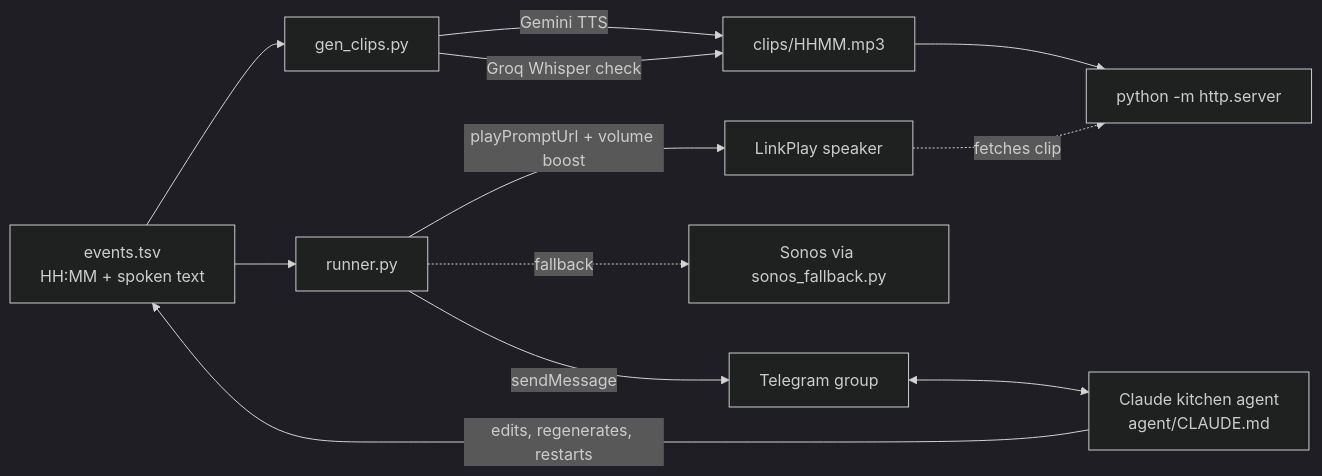
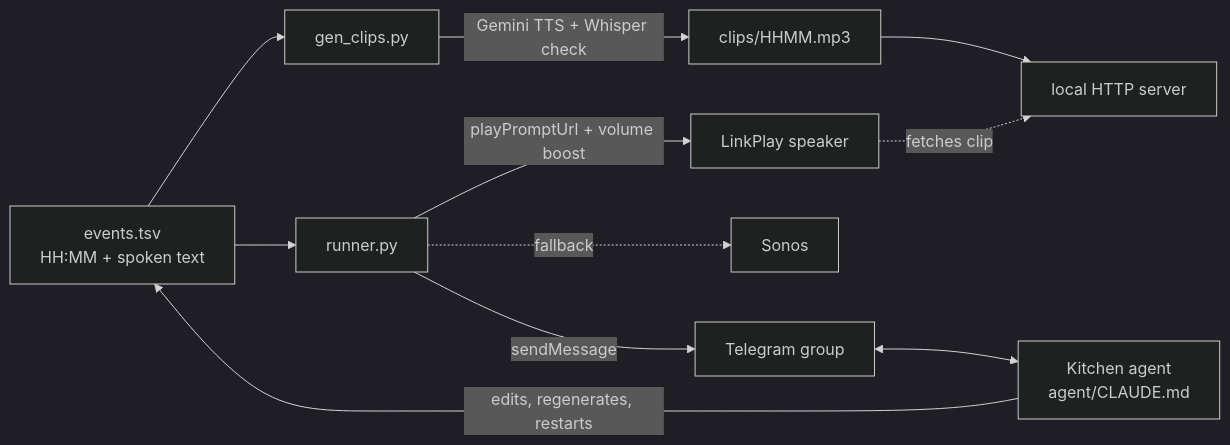
Before and after one commit to michael-ford/thanksgiving-kitchen-agent: the diagram in README.md, drawn with Mermaid (dark theme). The commit also changed other lines of this file and 5 other files, not shown here.

Commit message:
Reframe as Thanksgiving Kitchen Agent: methodology guide, example timeline and recipes

````diff
--- a/README.md
+++ b/README.md
@@ -32,14 +11,13 @@
 ```mermaid
 flowchart LR
     E[events.tsv<br/>HH:MM + spoken text] --> G[gen_clips.py]
-    G -->|Gemini TTS| C[clips/HHMM.mp3]
-    G -->|Groq Whisper check| C
-    C --> H[python -m http.server]
+    G -->|Gemini TTS + Whisper check| C[clips/HHMM.mp3]
+    C --> H[local HTTP server]
     E --> R[runner.py]
     R -->|playPromptUrl + volume boost| S[LinkPlay speaker]
     S -.->|fetches clip| H
-    R -.->|fallback| SO[Sonos via sonos_fallback.py]
+    R -.->|fallback| SO[Sonos]
     R -->|sendMessage| T[Telegram group]
-    T <--> A[Claude kitchen agent<br/>agent/CLAUDE.md]
+    T <--> A[Kitchen agent<br/>agent/CLAUDE.md]
     A -->|edits, regenerates, restarts| E
 ```
````
